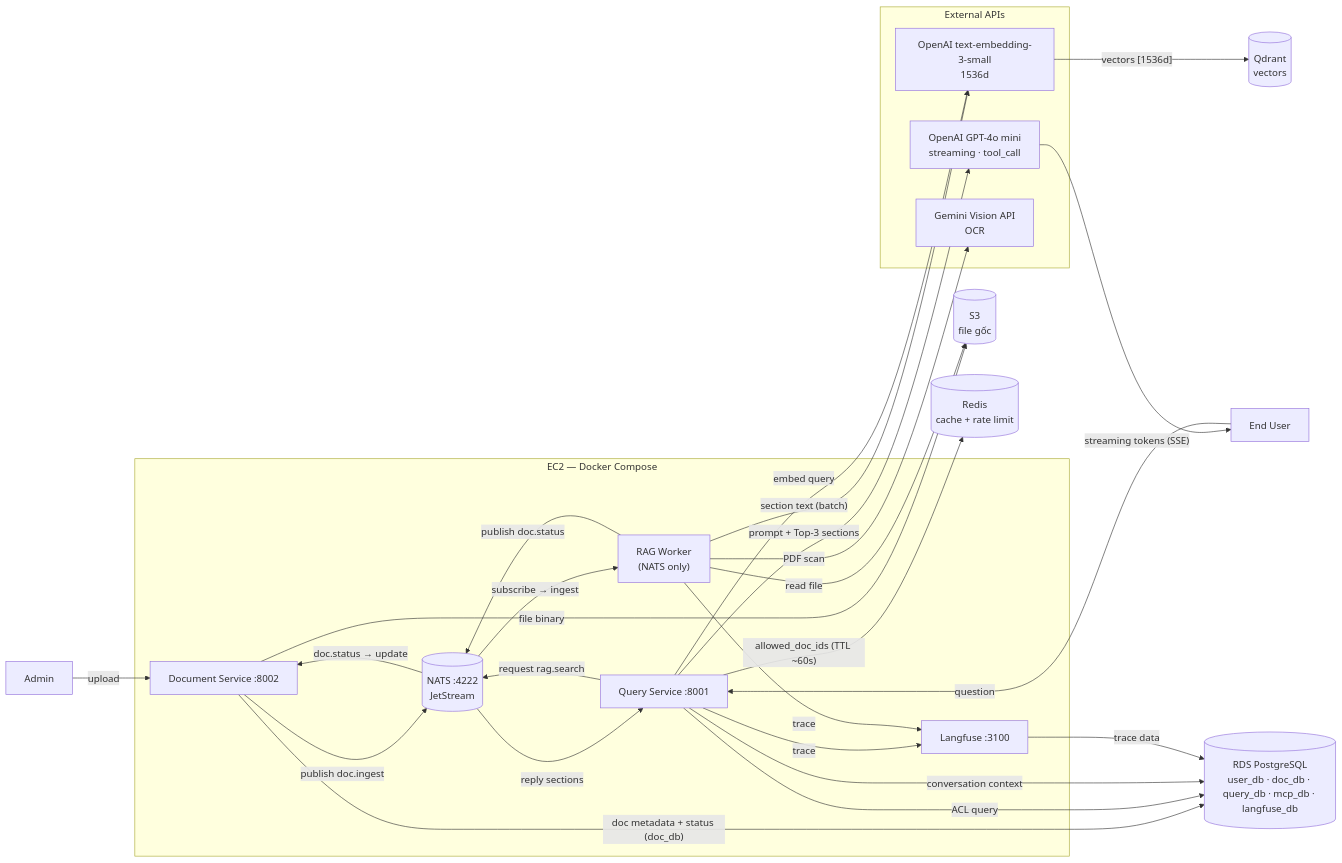
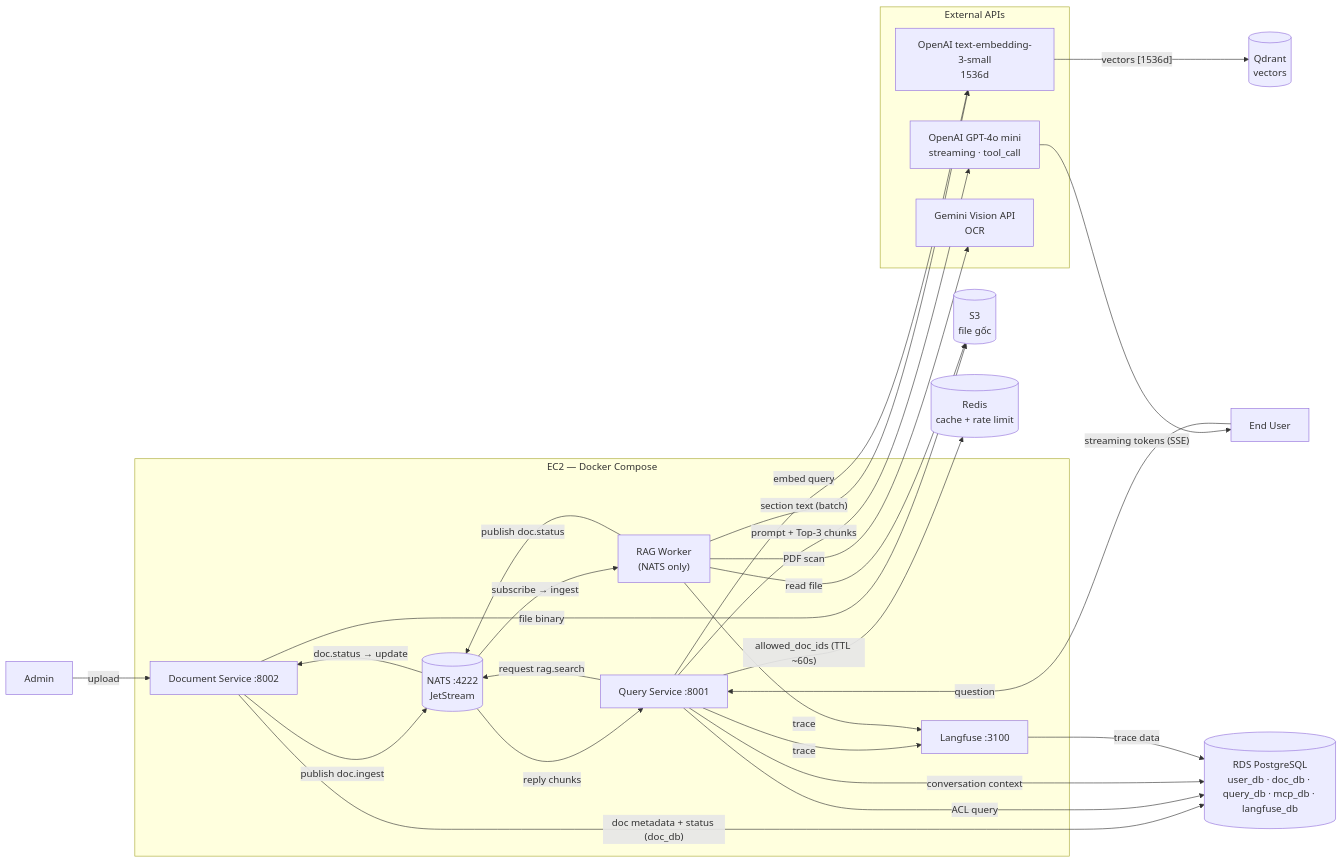
The fifth of 6 diagrams in docs/SA_RAG_Chatbot_Final.md (cds0987/DA08-VSF-AI), drawn with Mermaid before and after one commit. The commit also changed other lines of this file and 3 other files, not shown here.

````diff
--- a/docs/SA_RAG_Chatbot_Final.md
+++ b/docs/SA_RAG_Chatbot_Final.md
@@ -527,49 +527,49 @@
 ```mermaid
 flowchart LR
     ADM["Admin"]
     EU["End User"]
 
     subgraph BACKEND["EC2 — Docker Compose"]
         INGEST["Document Service :8002"]
         QUERY["Query Service :8001"]
         RAG["RAG Worker\n(NATS only)"]
         NATS[("NATS :4222\nJetStream")]
         LF["Langfuse :3100"]
     end
 
     S3[("S3\nfile gốc")]
     PG[("RDS PostgreSQL\nuser_db · doc_db · query_db · mcp_db · langfuse_db")]
     QD[("Qdrant\nvectors")]
     REDIS[("Redis\ncache + rate limit")]
 
     subgraph EXT["External APIs"]
         LLM["OpenAI GPT-4o mini\nstreaming · tool_call"]
         EMB["OpenAI text-embedding-3-small\n1536d"]
         OCR_EXT["Gemini Vision API\nOCR"]
     end
 
     ADM -->|"upload"| INGEST
     INGEST -->|"file binary"| S3
     INGEST -->|"publish doc.ingest"| NATS
     NATS -->|"subscribe → ingest"| RAG
     RAG -->|"read file"| S3
     RAG -->|"PDF scan"| OCR_EXT
     RAG -->|"section text (batch)"| EMB
     EMB -->|"vectors [1536d]"| QD
     RAG -->|"publish doc.status"| NATS
     NATS -->|"doc.status → update"| INGEST
     INGEST -->|"doc metadata + status (doc_db)"| PG
 
     EU -->|"question"| QUERY
     QUERY -->|"ACL query"| PG
     QUERY -->|"allowed_doc_ids (TTL ~60s)"| REDIS
     QUERY -->|"request rag.search"| NATS
-    NATS -->|"reply sections"| QUERY
+    NATS -->|"reply chunks"| QUERY
     QUERY -->|"embed query"| EMB
     QUERY -->|"conversation context"| PG
-    QUERY -->|"prompt + Top-3 sections"| LLM
+    QUERY -->|"prompt + Top-3 chunks"| LLM
     LLM -->|"streaming tokens (SSE)"| EU
     QUERY -->|"trace"| LF
     RAG -->|"trace"| LF
     LF -->|"trace data"| PG
 ```
````
